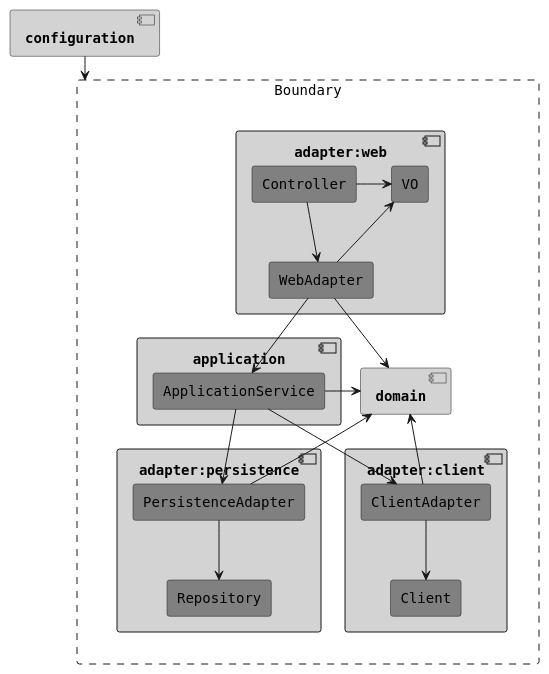
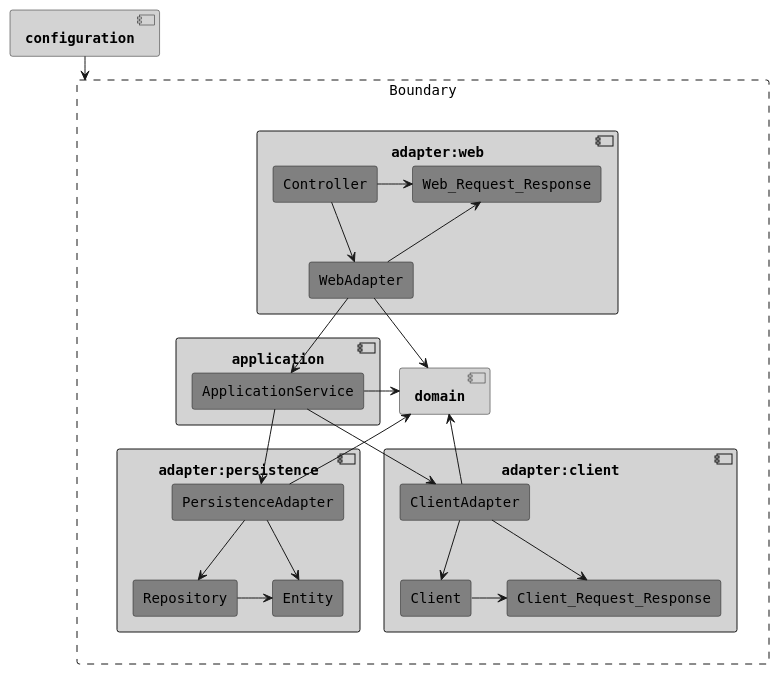
The diagram in README.md (macdao/hands-on-clean-architecture-template-ling), drawn with PlantUML before and after one commit. The commit also changed other lines of this file, not shown here.

Commit message:
chore: update architecture diagram

````diff
--- a/README.md
+++ b/README.md
@@ -10,51 +10,57 @@
 ```plantuml
 @startuml
 skinparam defaultFontName Fira Code, Monospaced
 skinparam RectangleBorderStyle<<Boundary>> dashed
 skinparam RectangleBackgroundColor<<Boundary>> White
 skinparam RectangleFontStyle<<Boundary>> normal
 skinparam RectangleBackgroundColor Gray
 skinparam ComponentBackgroundColor LightGray
 skinparam ComponentFontStyle bold
 hide <<Boundary>> stereotype
 
 rectangle Boundary <<Boundary>> {
   component application {
     rectangle ApplicationService
   }
 
   component adapter:web {
     rectangle Controller
+    rectangle Web_Request_Response
+    Controller -> Web_Request_Response
     rectangle WebAdapter
     Controller --> WebAdapter
-    rectangle VO
-    Controller -> VO
-    VO <-- WebAdapter
+    Web_Request_Response <-- WebAdapter
   }
   WebAdapter --> ApplicationService
 
   component adapter:persistence {
     rectangle Repository
+    rectangle Entity
+    Repository -> Entity
     rectangle PersistenceAdapter
-    PersistenceAdapter --> Repository 
+    PersistenceAdapter --> Repository
+    PersistenceAdapter --> Entity
   }
   ApplicationService --> PersistenceAdapter
 
   component adapter:client {
     rectangle Client
+    rectangle Client_Request_Response
+    Client -> Client_Request_Response
     rectangle ClientAdapter
-    ClientAdapter --> Client 
+    ClientAdapter --> Client
+    ClientAdapter --> Client_Request_Response
   }
   ApplicationService --> ClientAdapter
 
   ApplicationService -> [domain]
   WebAdapter --> [domain]
   [domain] <-- PersistenceAdapter
   [domain] <-- ClientAdapter
 }
 
 
 [configuration] --> Boundary  
 
 @enduml
 ```
````
